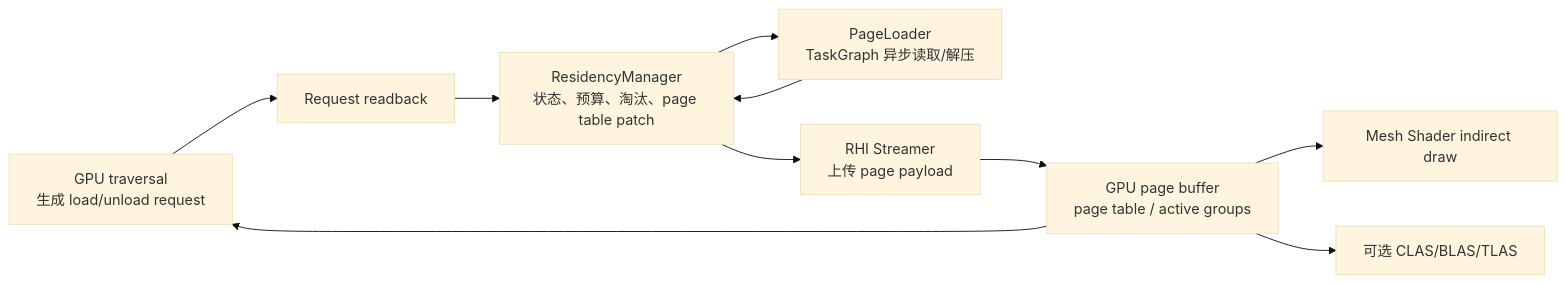
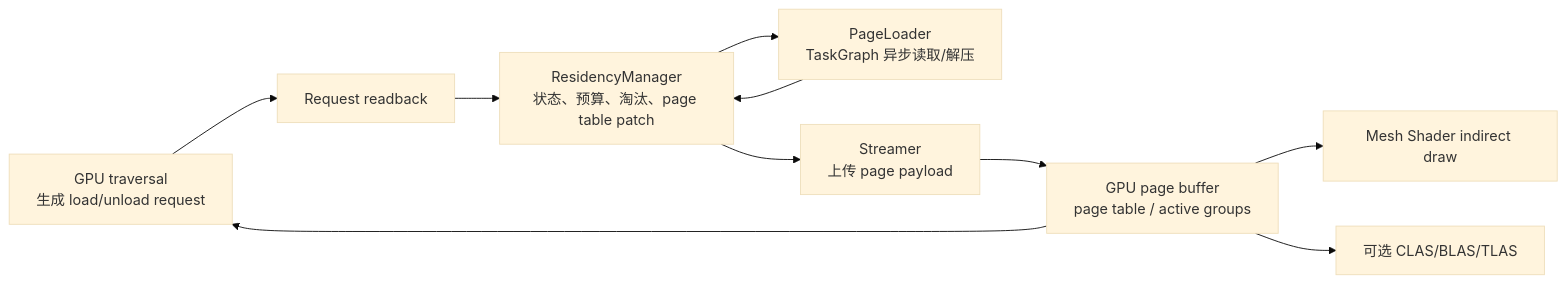
One commit to af8a2a/metallic changed the fourth of 4 diagrams in Documentation/ProjectArchitecture.md. Above: the diagram before and after it, drawn with Mermaid (base theme). The commit also changed other lines of this file and 138 other files, not shown here.

Commit message:
Refactor render graph execution and simplify pipeline APIs

````diff
--- a/Documentation/ProjectArchitecture.md
+++ b/Documentation/ProjectArchitecture.md
@@ -314,16 +314,16 @@
 ```mermaid
 flowchart LR
     GPU["GPU traversal<br/>生成 load/unload request"]
     Readback["Request readback"]
     Residency["ResidencyManager<br/>状态、预算、淘汰、page table patch"]
     Loader["PageLoader<br/>TaskGraph 异步读取/解压"]
-    Upload["RHI Streamer<br/>上传 page payload"]
+    Upload["Streamer<br/>上传 page payload"]
     PageBuffer["GPU page buffer<br/>page table / active groups"]
     Draw["Mesh Shader indirect draw"]
     AS["可选 CLAS/BLAS/TLAS"]
 
     GPU --> Readback --> Residency --> Loader --> Residency
     Residency --> Upload --> PageBuffer --> GPU
     PageBuffer --> Draw
     PageBuffer --> AS
 ```
````
